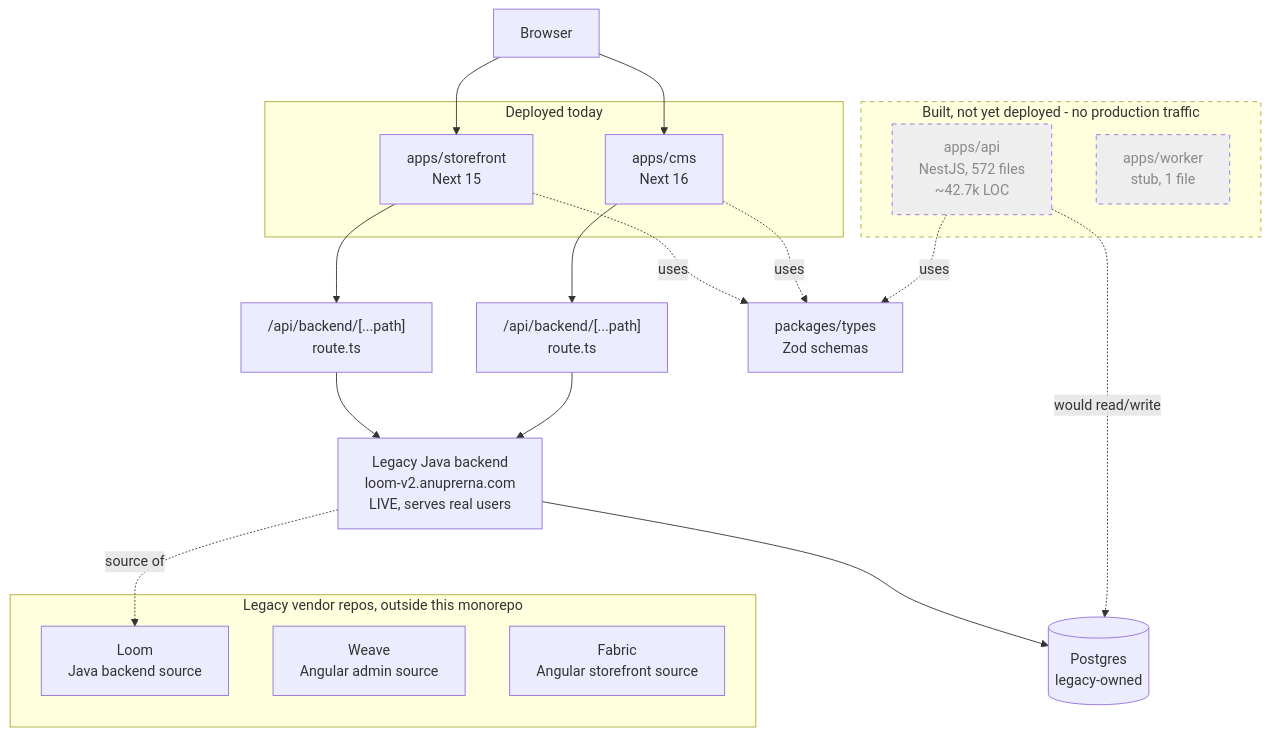
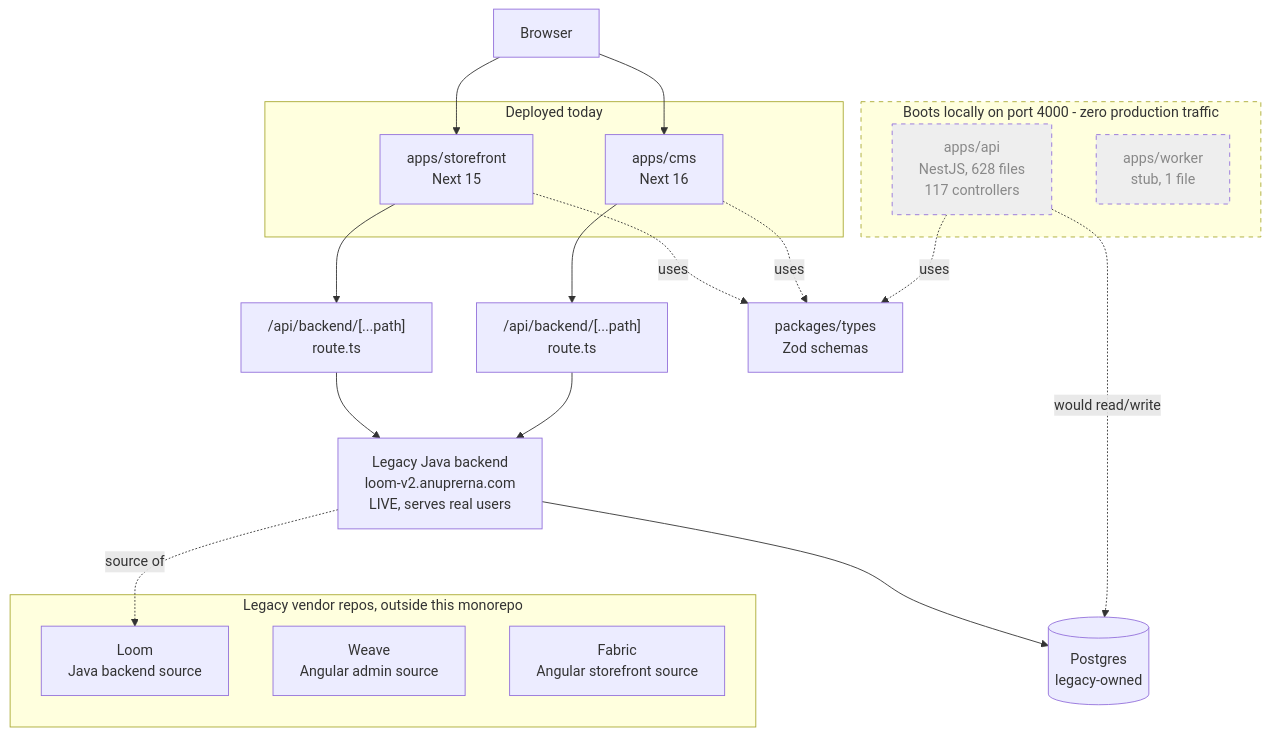
The first of 3 diagrams in docs/ARCHITECTURE.md (Anant00785/anuprerna-v2.0), drawn with Mermaid before and after one commit. The commit also changed other lines of this file and 12 other files, not shown here.

````diff
--- a/docs/ARCHITECTURE.md
+++ b/docs/ARCHITECTURE.md
@@ -25,45 +27,45 @@
 ```mermaid
 graph TD
     Browser[Browser]
 
     subgraph Vercel["Deployed today"]
         Storefront["apps/storefront<br/>Next 15"]
         CMS["apps/cms<br/>Next 16"]
     end
 
     ProxySF["/api/backend/[...path]<br/>route.ts"]
     ProxyCMS["/api/backend/[...path]<br/>route.ts"]
 
     Legacy["Legacy Java backend<br/>loom-v2.anuprerna.com<br/>LIVE, serves real users"]
     PG[("Postgres<br/>legacy-owned")]
 
     Browser --> Storefront
     Browser --> CMS
     Storefront --> ProxySF
     CMS --> ProxyCMS
     ProxySF --> Legacy
     ProxyCMS --> Legacy
     Legacy --> PG
 
     Types["packages/types<br/>Zod schemas"]
     Storefront -.uses.-> Types
     CMS -.uses.-> Types
 
-    subgraph NotLive["Built, not yet deployed - no production traffic"]
-        Api["apps/api<br/>NestJS, 572 files<br/>~42.7k LOC"]
+    subgraph NotLive["Boots locally on port 4000 - zero production traffic"]
+        Api["apps/api<br/>NestJS, 628 files<br/>117 controllers"]
         Worker["apps/worker<br/>stub, 1 file"]
     end
     Api -.would read/write.-> PG
     Api -.uses.-> Types
 
     subgraph LegacyRepos["Legacy vendor repos, outside this monorepo"]
         LoomRepo["Loom<br/>Java backend source"]
         WeaveRepo["Weave<br/>Angular admin source"]
         FabricRepo["Fabric<br/>Angular storefront source"]
     end
     Legacy -.source of.-> LoomRepo
 
     style Api stroke-dasharray: 5 5,fill:#eee,color:#888
     style Worker stroke-dasharray: 5 5,fill:#eee,color:#888
     style NotLive stroke-dasharray: 5 5
 ```
````
